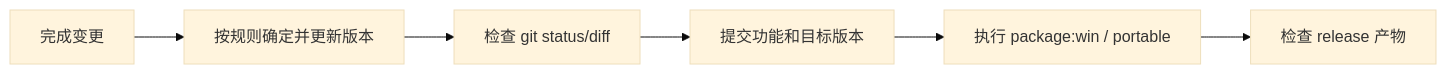
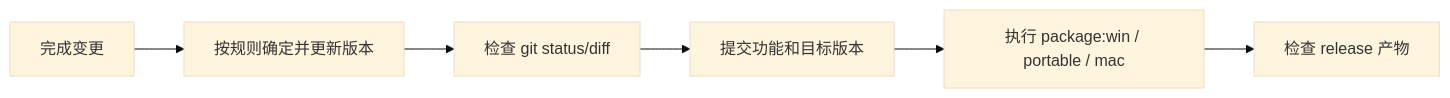
The diagram in docs/wiki/07-development-and-release.md (SingleOne/JianZhang), drawn with Mermaid (base theme) before and after one commit. The commit also changed other lines of this file and 4 other files, not shown here.

````diff
--- a/docs/wiki/07-development-and-release.md
+++ b/docs/wiki/07-development-and-release.md
@@ -134,8 +151,8 @@
 ```mermaid
 flowchart LR
     CHANGE["完成变更"] --> VERSION["按规则确定并更新版本"]
     VERSION --> STATUS["检查 git status/diff"]
     STATUS --> COMMIT["提交功能和目标版本"]
-    COMMIT --> PACKAGE["执行 package:win / portable"]
+    COMMIT --> PACKAGE["执行 package:win / portable / mac"]
     PACKAGE --> ARTIFACT["检查 release 产物"]
 ```
````
